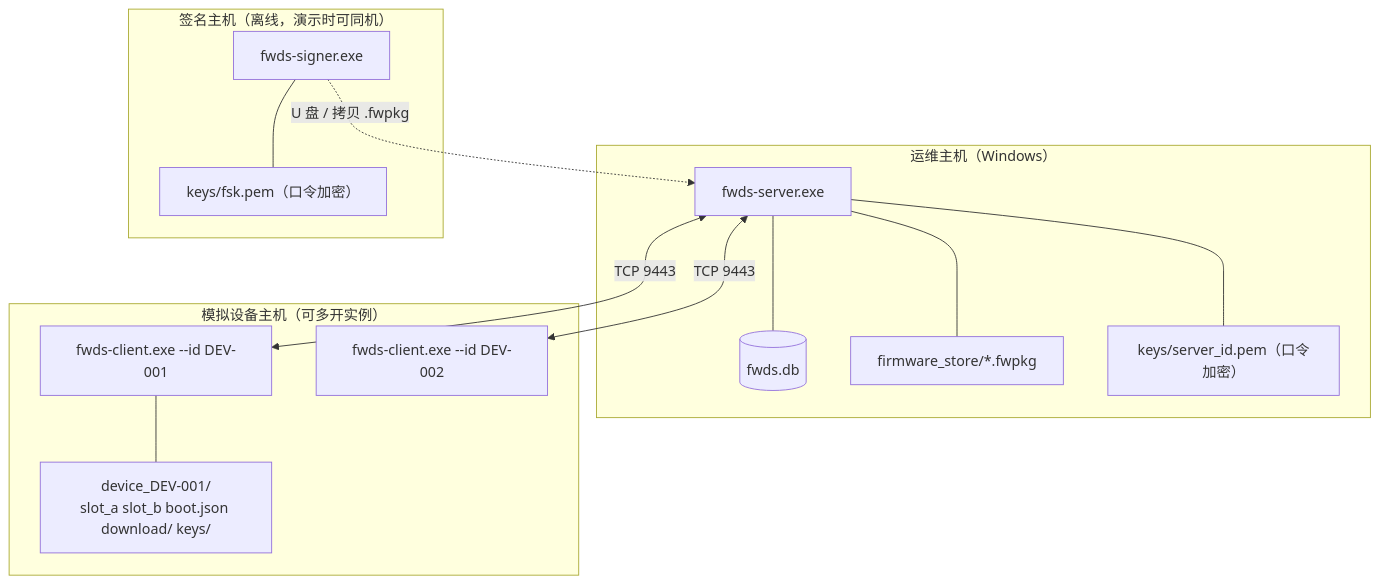
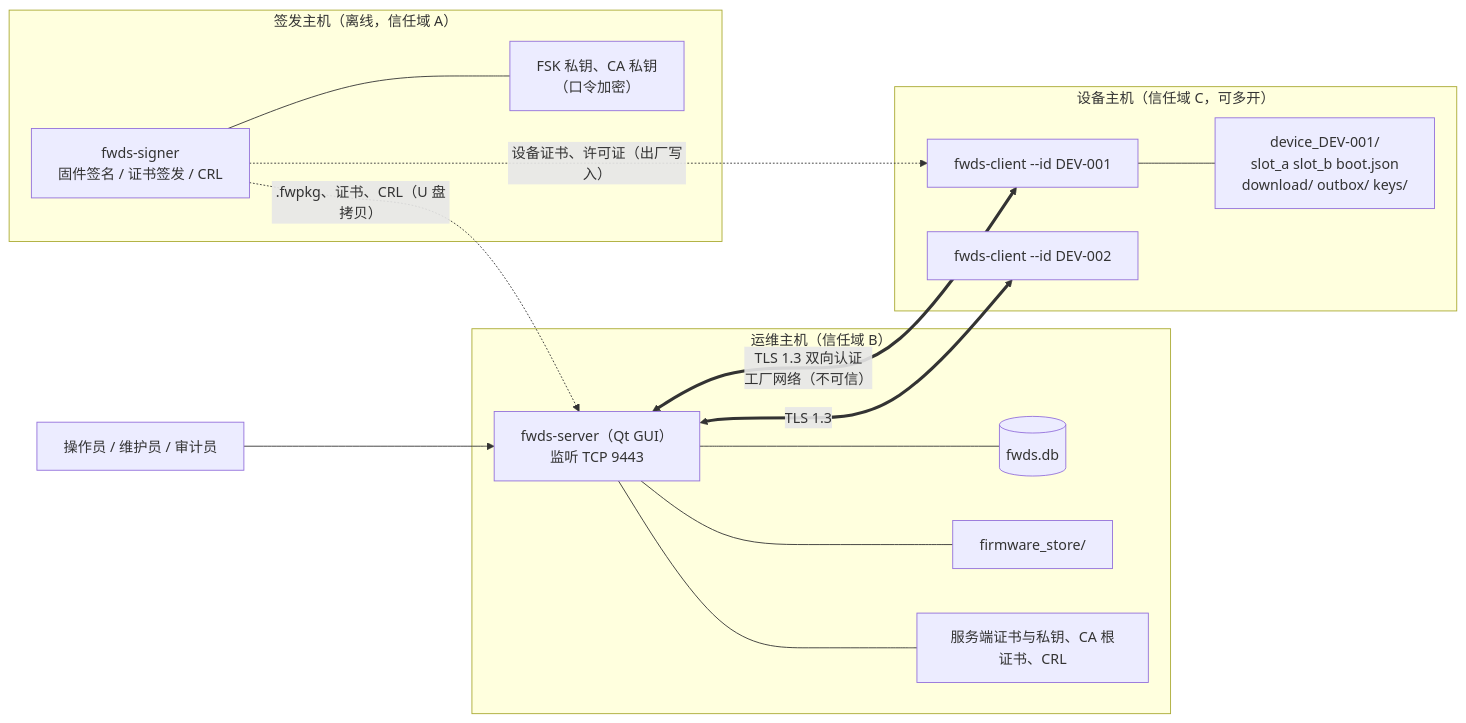
The first of 11 diagrams in docs/系统设计说明书.md (ahu-iii/firmware-distribution-system), drawn with Mermaid before and after one commit. The commit also changed other lines of this file and 54 other files, not shown here.

````diff
--- a/docs/系统设计说明书.md
+++ b/docs/系统设计说明书.md
@@ -152,26 +64,28 @@
 ```mermaid
-flowchart TB
-    subgraph PC1["运维主机（Windows）"]
-        S["fwds-server.exe"]
-        SDB[("fwds.db")]
-        SFW["firmware_store/*.fwpkg"]
-        SK["keys/server_id.pem（口令加密）"]
-        S --- SDB
-        S --- SFW
-        S --- SK
+flowchart LR
+    subgraph Offline["签发主机（离线，信任域 A）"]
+        Signer["fwds-signer<br/>固件签名 / 证书签发 / CRL"]
+        K1["FSK 私钥、CA 私钥<br/>（口令加密）"]
+        Signer --- K1
     end
-    subgraph PC2["签名主机（离线，演示时可同机）"]
-        G["fwds-signer.exe"]
-        GK["keys/fsk.pem（口令加密）"]
-        G --- GK
+    subgraph Center["运维主机（信任域 B）"]
+        Server["fwds-server（Qt GUI）<br/>监听 TCP 9443"]
+        DB[("fwds.db")]
+        Store["firmware_store/"]
+        K2["服务端证书与私钥、CA 根证书、CRL"]
+        Server --- DB
+        Server --- Store
+        Server --- K2
     end
-    subgraph PC3["模拟设备主机（可多开实例）"]
-        D1["fwds-client.exe --id DEV-001"]
-        D2["fwds-client.exe --id DEV-002"]
-        DS["device_DEV-001/<br/>slot_a slot_b boot.json download/ keys/"]
-        D1 --- DS
+    subgraph Field["设备主机（信任域 C，可多开）"]
+        C1["fwds-client --id DEV-001"]
+        C2["fwds-client --id DEV-002"]
+        Dir["device_DEV-001/<br/>slot_a slot_b boot.json<br/>download/ outbox/ keys/"]
+        C1 --- Dir
     end
-    G -. "U 盘 / 拷贝 .fwpkg" .-> S
-    S <-->|"TCP 9443"| D1
-    S <-->|"TCP 9443"| D2
+    Signer -. ".fwpkg、证书、CRL（U 盘拷贝）" .-> Server
+    Signer -. "设备证书、许可证（出厂写入）" .-> C1
+    Server <==>|"TLS 1.3 双向认证<br/>工厂网络（不可信）"| C1
+    Server <==>|TLS 1.3| C2
+    Admin["操作员 / 维护员 / 审计员"] --> Server
 ```
````
